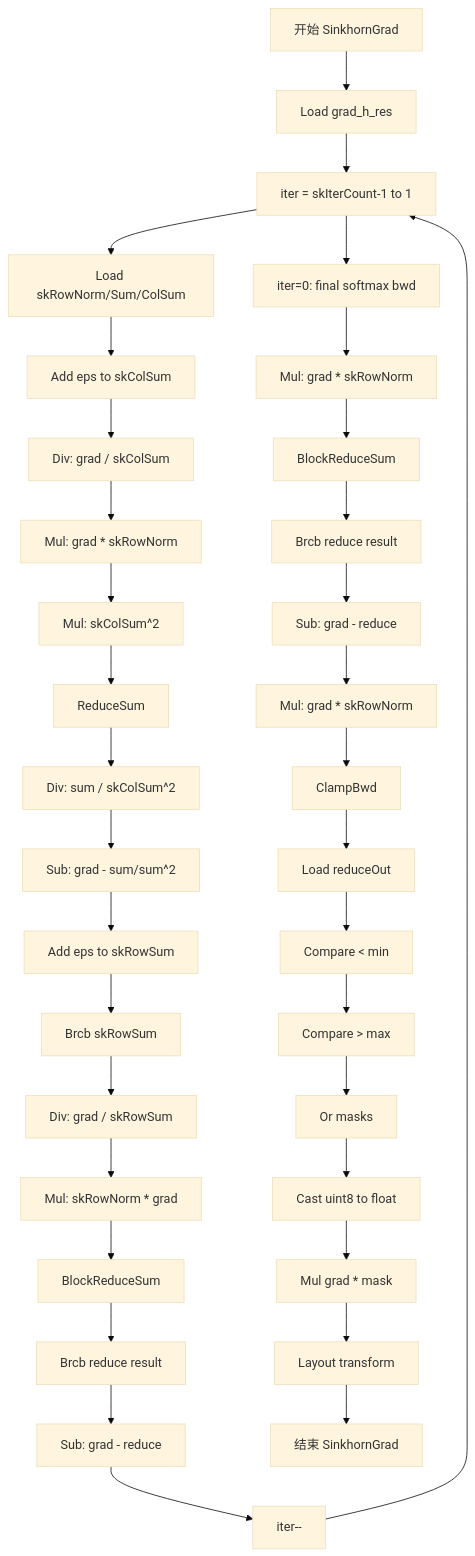
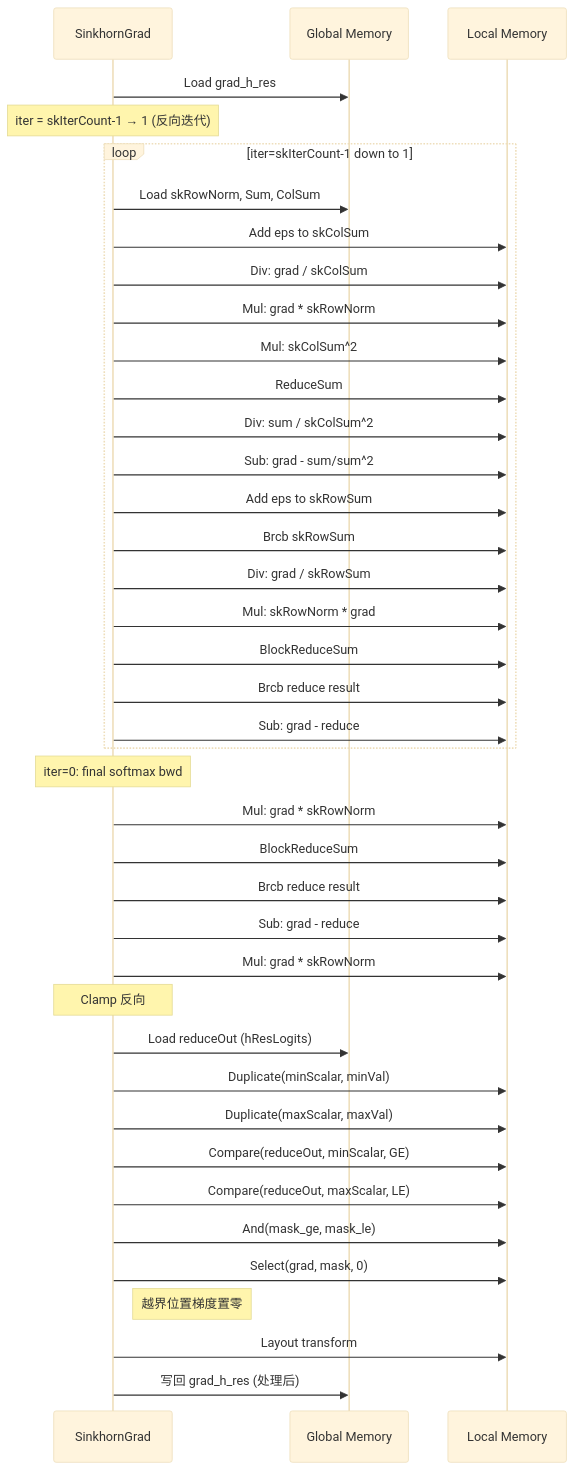
One commit to ChunnX/ops-transformer changed the eighth of 11 diagrams in mhc/mhc_pre_clamp_sinkhorn_backward/docs/MhcPreClampSinkhornBackward_Design.md. Above: the diagram before and after it, drawn with Mermaid (base theme). The commit also changed other lines of this file, not shown here.

Commit message:
优化流程图

````diff
--- a/mhc/mhc_pre_clamp_sinkhorn_backward/docs/MhcPreClampSinkhornBackward_Design.md
+++ b/mhc/mhc_pre_clamp_sinkhorn_backward/docs/MhcPreClampSinkhornBackward_Design.md
@@ -375,37 +571,46 @@
 ```mermaid
-graph TD
-    A[开始 SinkhornGrad] --> B[Load grad_h_res]
-    B --> C[iter = skIterCount-1 to 1]
-    C --> D[Load skRowNorm/Sum/ColSum]
-    D --> E[Add eps to skColSum]
-    E --> F[Div: grad / skColSum]
-    F --> G[Mul: grad * skRowNorm]
-    G --> H[Mul: skColSum^2]
-    H --> I[ReduceSum]
-    I --> J[Div: sum / skColSum^2]
-    J --> K[Sub: grad - sum/sum^2]
-    K --> L[Add eps to skRowSum]
-    L --> M[Brcb skRowSum]
-    M --> N[Div: grad / skRowSum]
-    N --> O[Mul: skRowNorm * grad]
-    O --> P[BlockReduceSum]
-    P --> Q[Brcb reduce result]
-    Q --> R[Sub: grad - reduce]
-    R --> S[iter--]
-    S --> C
-    C --> T[iter=0: final softmax bwd]
-    T --> U[Mul: grad * skRowNorm]
-    U --> V[BlockReduceSum]
-    V --> W[Brcb reduce result]
-    W --> X[Sub: grad - reduce]
-    X --> Y[Mul: grad * skRowNorm]
-    Y --> Z[ClampBwd]
-    Z --> Z1[Load reduceOut]
-    Z1 --> Z2[Compare < min]
-    Z2 --> Z3[Compare > max]
-    Z3 --> Z4[Or masks]
-    Z4 --> Z5[Cast uint8 to float]
-    Z5 --> Z6[Mul grad * mask]
-    Z6 --> ZA[Layout transform]
-    ZA --> ZB[结束 SinkhornGrad]
+sequenceDiagram
+    participant SinkhornGrad
+    participant GM as Global Memory
+    participant LM as Local Memory
+
+    SinkhornGrad->>GM: Load grad_h_res
+    Note over SinkhornGrad: iter = skIterCount-1 → 1 (反向迭代)
+    loop iter=skIterCount-1 down to 1
+        SinkhornGrad->>GM: Load skRowNorm, Sum, ColSum
+        SinkhornGrad->>LM: Add eps to skColSum
+        SinkhornGrad->>LM: Div: grad / skColSum
+        SinkhornGrad->>LM: Mul: grad * skRowNorm
+        SinkhornGrad->>LM: Mul: skColSum^2
+        SinkhornGrad->>LM: ReduceSum
+        SinkhornGrad->>LM: Div: sum / skColSum^2
+        SinkhornGrad->>LM: Sub: grad - sum/sum^2
+        SinkhornGrad->>LM: Add eps to skRowSum
+        SinkhornGrad->>LM: Brcb skRowSum
+        SinkhornGrad->>LM: Div: grad / skRowSum
+        SinkhornGrad->>LM: Mul: skRowNorm * grad
+        SinkhornGrad->>LM: BlockReduceSum
+        SinkhornGrad->>LM: Brcb reduce result
+        SinkhornGrad->>LM: Sub: grad - reduce
+    end
+
+    Note over SinkhornGrad: iter=0: final softmax bwd
+    SinkhornGrad->>LM: Mul: grad * skRowNorm
+    SinkhornGrad->>LM: BlockReduceSum
+    SinkhornGrad->>LM: Brcb reduce result
+    SinkhornGrad->>LM: Sub: grad - reduce
+    SinkhornGrad->>LM: Mul: grad * skRowNorm
+
+    Note over SinkhornGrad: Clamp 反向
+    SinkhornGrad->>GM: Load reduceOut (hResLogits)
+    SinkhornGrad->>LM: Duplicate(minScalar, minVal)
+    SinkhornGrad->>LM: Duplicate(maxScalar, maxVal)
+    SinkhornGrad->>LM: Compare(reduceOut, minScalar, GE)
+    SinkhornGrad->>LM: Compare(reduceOut, maxScalar, LE)
+    SinkhornGrad->>LM: And(mask_ge, mask_le)
+    SinkhornGrad->>LM: Select(grad, mask, 0)
+    Note right of SinkhornGrad: 越界位置梯度置零
+
+    SinkhornGrad->>LM: Layout transform
+    SinkhornGrad->>GM: 写回 grad_h_res (处理后)
 ```
````
